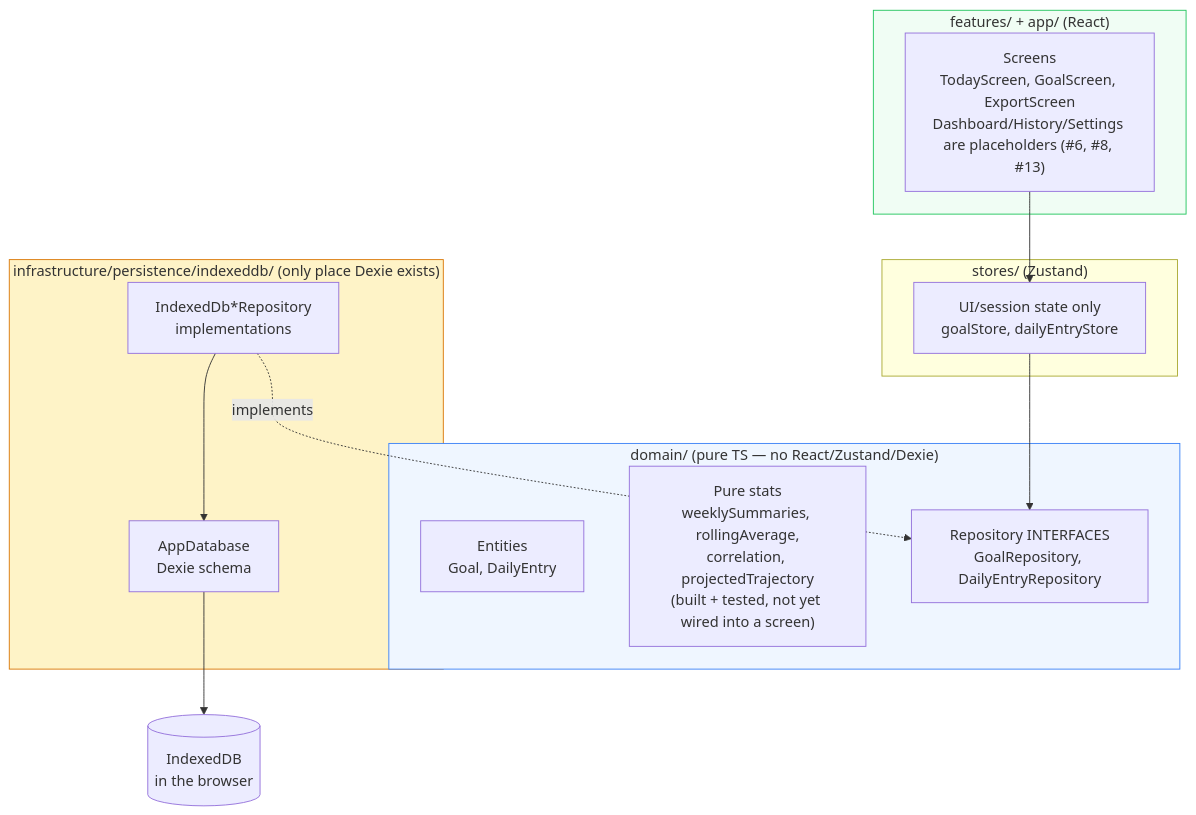
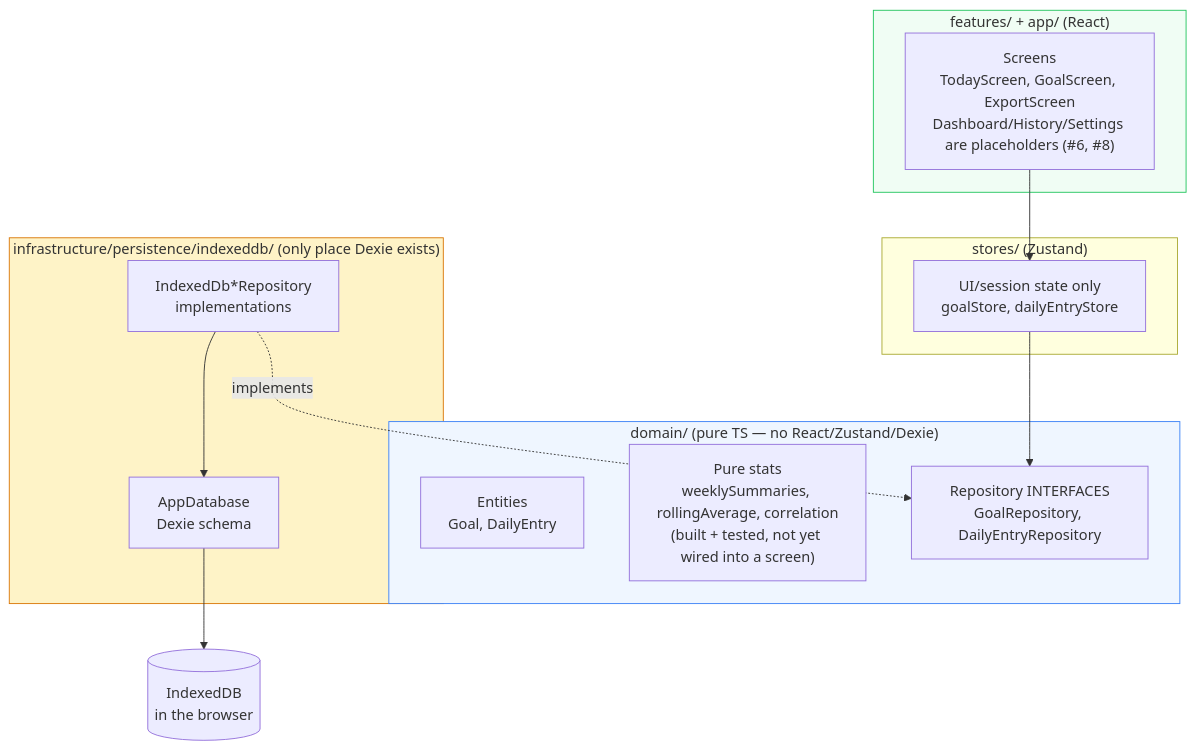
The first of 3 diagrams in docs/ARCHITECTURE.md (ZhannaM85/turtle-steps-to-the-goal), drawn with Mermaid before and after one commit. The commit also changed other lines of this file, not shown here.

First line of the commit message:
Refresh ARCHITECTURE.md for #12/#13/#14 (three issues of drift)

````diff
--- a/docs/ARCHITECTURE.md
+++ b/docs/ARCHITECTURE.md
@@ -15,28 +15,28 @@
 ```mermaid
 flowchart TD
     subgraph UI ["features/ + app/  (React)"]
-        A["Screens<br/>TodayScreen, GoalScreen, ExportScreen<br/>Dashboard/History/Settings are placeholders (#6, #8, #13)"]
+        A["Screens<br/>TodayScreen, GoalScreen, ExportScreen<br/>Dashboard/History/Settings are placeholders (#6, #8)"]
     end
     subgraph State ["stores/  (Zustand)"]
         B["UI/session state only<br/>goalStore, dailyEntryStore"]
     end
     subgraph Domain ["domain/  (pure TS — no React/Zustand/Dexie)"]
         C["Entities<br/>Goal, DailyEntry"]
-        D["Pure stats<br/>weeklySummaries, rollingAverage,<br/>correlation, projectedTrajectory<br/>(built + tested, not yet wired into a screen)"]
+        D["Pure stats<br/>weeklySummaries, rollingAverage, correlation<br/>(built + tested, not yet wired into a screen)"]
         E["Repository INTERFACES<br/>GoalRepository, DailyEntryRepository"]
     end
     subgraph Infra ["infrastructure/persistence/indexeddb/  (only place Dexie exists)"]
         F["AppDatabase<br/>Dexie schema"]
         G["IndexedDb*Repository<br/>implementations"]
     end
 
     A --> B
     B --> E
     G -. implements .-> E
     G --> F
     F --> H[("IndexedDB<br/>in the browser")]
 
     style Domain fill:#eff6ff,stroke:#3b82f6
     style Infra fill:#fef3c7,stroke:#d97706
     style UI fill:#f0fdf4,stroke:#22c55e
 ```
````
